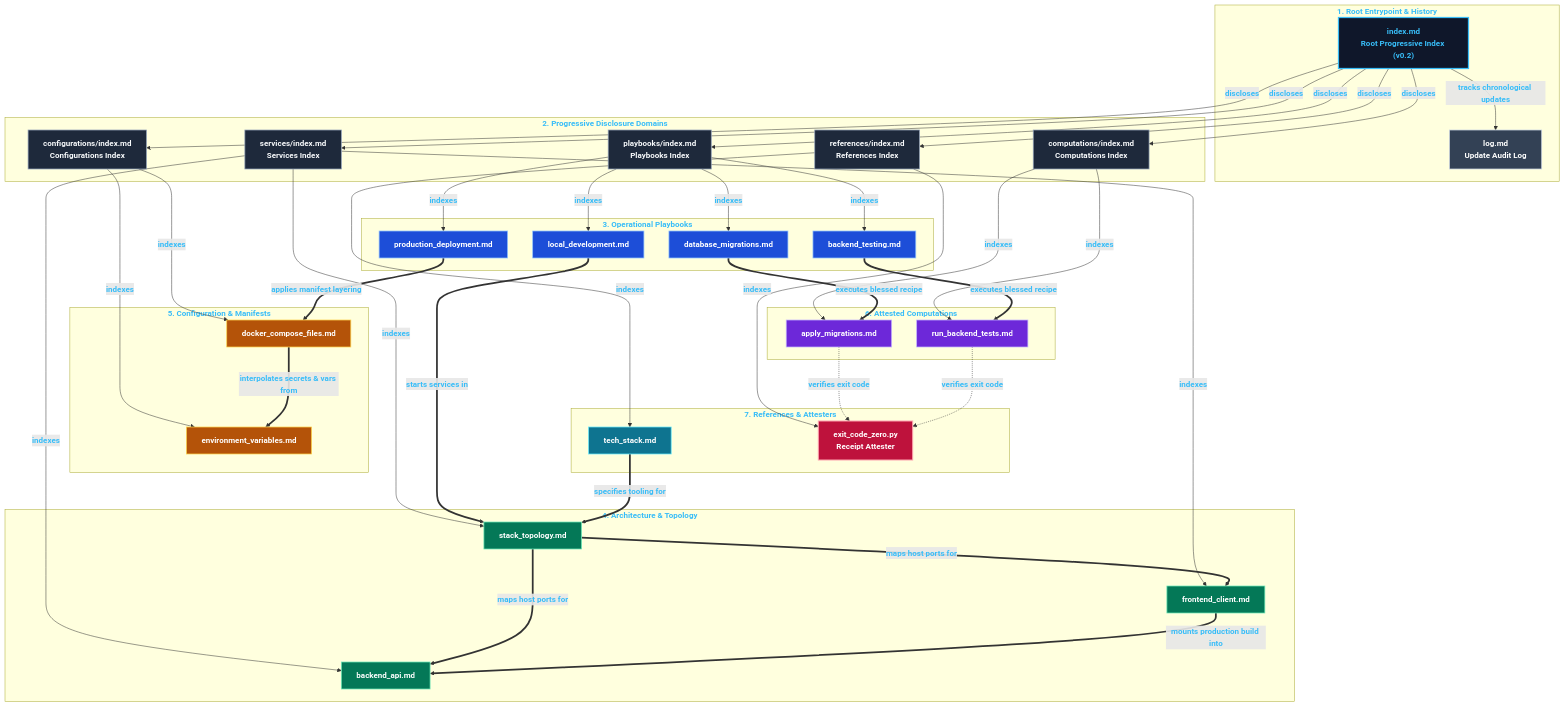
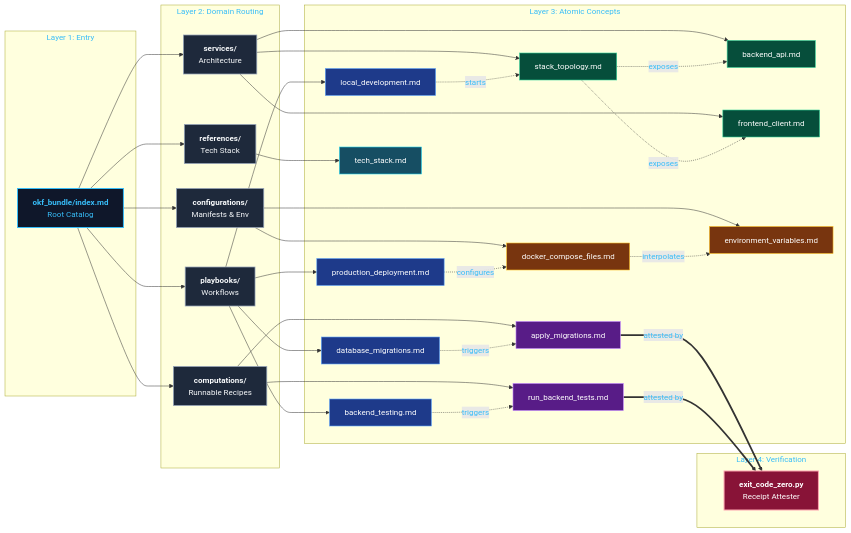
Before and after one commit to uhcel/okf-testing: the first of 3 diagrams in README.md, drawn with Mermaid. The commit also changed other lines of this file and 2 other files, not shown here.

Commit message:
docs: improve OKF relationship graph readability with clean 4-tier flowchart and crisp SVG diagram

````diff
--- a/README.md
+++ b/README.md
@@ -228,94 +234,67 @@
 ```mermaid
-graph TD
+flowchart LR
   %% Styles
-  classDef root fill:#0f172a,stroke:#38bdf8,stroke-width:2.5px,color:#38bdf8,font-weight:bold;
-  classDef index fill:#1e293b,stroke:#94a3b8,stroke-width:1.5px,color:#f8fafc;
-  classDef playbook fill:#1d4ed8,stroke:#93c5fd,stroke-width:1.5px,color:#fff;
-  classDef service fill:#047857,stroke:#6ee7b7,stroke-width:1.5px,color:#fff;
-  classDef config fill:#b45309,stroke:#fcd34d,stroke-width:1.5px,color:#fff;
-  classDef comp fill:#6d28d9,stroke:#c4b5fd,stroke-width:1.5px,color:#fff;
-  classDef ref fill:#0e7490,stroke:#67e8f9,stroke-width:1.5px,color:#fff;
-  classDef attester fill:#be123c,stroke:#fda4af,stroke-width:2px,color:#fff;
-  classDef log fill:#334155,stroke:#cbd5e1,stroke-width:1.5px,color:#fff;
+  classDef root fill:#0f172a,stroke:#38bdf8,stroke-width:2px,color:#38bdf8;
+  classDef domain fill:#1e293b,stroke:#94a3b8,stroke-width:1.5px,color:#f8fafc;
+  classDef playbook fill:#1e3a8a,stroke:#60a5fa,stroke-width:1.2px,color:#fff;
+  classDef service fill:#064e3b,stroke:#34d399,stroke-width:1.2px,color:#fff;
+  classDef config fill:#78350f,stroke:#fbbf24,stroke-width:1.2px,color:#fff;
+  classDef comp fill:#581c87,stroke:#c084fc,stroke-width:1.2px,color:#fff;
+  classDef ref fill:#164e63,stroke:#22d3ee,stroke-width:1.2px,color:#fff;
+  classDef attester fill:#881337,stroke:#fda4af,stroke-width:2px,color:#fff;
 
-  subgraph RootLayer ["1. Root Entrypoint & History"]
-    Root["index.md<br/><b>Root Progressive Index (v0.2)</b>"]:::root
-    Log["log.md<br/><b>Update Audit Log</b>"]:::log
-    Root -->|tracks chronological updates| Log
+  subgraph L1 ["Layer 1: Entry"]
+    Root["<b>okf_bundle/index.md</b><br/>Root Catalog"]:::root
   end
 
-  subgraph Domains ["2. Progressive Disclosure Domains"]
-    D_Play["playbooks/index.md<br/><b>Playbooks Index</b>"]:::index
-    D_Serv["services/index.md<br/><b>Services Index</b>"]:::index
-    D_Conf["configurations/index.md<br/><b>Configurations Index</b>"]:::index
-    D_Comp["computations/index.md<br/><b>Computations Index</b>"]:::index
-    D_Ref["references/index.md<br/><b>References Index</b>"]:::index
+  subgraph L2 ["Layer 2: Domain Routing"]
+    D_Play["<b>playbooks/</b><br/>Workflows"]:::domain
+    D_Serv["<b>services/</b><br/>Architecture"]:::domain
+    D_Conf["<b>configurations/</b><br/>Manifests & Env"]:::domain
+    D_Comp["<b>computations/</b><br/>Runnable Recipes"]:::domain
+    D_Ref["<b>references/</b><br/>Tech Stack"]:::domain
   end
 
-  Root -->|discloses| D_Play
-  Root -->|discloses| D_Serv
-  Root -->|discloses| D_Conf
-  Root -->|discloses| D_Comp
-  Root -->|discloses| D_Ref
-
-  subgraph PlaybooksGroup ["3. Operational Playbooks"]
+  subgraph L3 ["Layer 3: Atomic Concepts"]
     P_Mig["database_migrations.md"]:::playbook
     P_Dev["local_development.md"]:::playbook
     P_Test["backend_testing.md"]:::playbook
     P_Dep["production_deployment.md"]:::playbook
-  end
 
-  D_Play -->|indexes| P_Mig
-  D_Play -->|indexes| P_Dev
-  D_Play -->|indexes| P_Test
-  D_Play -->|indexes| P_Dep
-
-  subgraph ServicesGroup ["4. Architecture & Topology"]
     S_Top["stack_topology.md"]:::service
     S_Api["backend_api.md"]:::service
     S_Front["frontend_client.md"]:::service
+
+    C_Files["docker_compose_files.md"]:::config
+    C_Env["environment_variables.md"]:::config
+
+    K_Mig["apply_migrations.md"]:::comp
+    K_Test["run_backend_tests.md"]:::comp
+
+    R_Stack["tech_stack.md"]:::ref
   end
 
-  D_Serv -->|indexes| S_Top
-  D_Serv -->|indexes| S_Api
-  D_Serv -->|indexes| S_Front
-
-  subgraph ConfigGroup ["5. Configuration & Manifests"]
-    C_Env["environment_variables.md"]:::config
-    C_Files["docker_compose_files.md"]:::config
+  subgraph L4 ["Layer 4: Verification"]
+    Att["<b>exit_code_zero.py</b><br/>Receipt Attester"]:::attester
   end
 
-  D_Conf -->|indexes| C_Env
-  D_Conf -->|indexes| C_Files
+  %% Progressive Disclosure Routing (Hop 1 & Hop 2)
+  Root --> D_Play & D_Serv & D_Conf & D_Comp & D_Ref
 
-  subgraph ComputationsGroup ["6. Attested Computations"]
-    K_Mig["apply_migrations.md"]:::comp
-    K_Test["run_backend_tests.md"]:::comp
-  end
+  D_Play --> P_Mig & P_Dev & P_Test & P_Dep
+  D_Serv --> S_Top & S_Api & S_Front
+  D_Conf --> C_Files & C_Env
+  D_Comp --> K_Mig & K_Test
+  D_Ref --> R_Stack
 
-  D_Comp -->|indexes| K_Mig
-  D_Comp -->|indexes| K_Test
+  %% Concept Execution & Cross-Domain Links
+  P_Mig -.->|triggers| K_Mig
+  P_Test -.->|triggers| K_Test
+  K_Mig & K_Test ==>|attested by| Att
 
-  subgraph ReferencesGroup ["7. References & Attesters"]
-    R_Stack["tech_stack.md"]:::ref
-    Att["exit_code_zero.py<br/><b>Receipt Attester</b>"]:::attester
-  end
+  P_Dev -.->|starts| S_Top
+  S_Top -.->|exposes| S_Api & S_Front
 
-  D_Ref -->|indexes| R_Stack
-  D_Ref -->|indexes| Att
-
-  %% Functional & Semantic Relationships Between Concepts
-  P_Mig ==>|executes blessed recipe| K_Mig
-  P_Test ==>|executes blessed recipe| K_Test
-  K_Mig -.->|verifies exit code| Att
-  K_Test -.->|verifies exit code| Att
-
-  P_Dev ==>|starts services in| S_Top
-  S_Top ==>|maps host ports for| S_Api
-  S_Top ==>|maps host ports for| S_Front
-  S_Front ==>|mounts production build into| S_Api
-
-  P_Dep ==>|applies manifest layering| C_Files
-  C_Files ==>|interpolates secrets & vars from| C_Env
-  R_Stack ==>|specifies tooling for| S_Top
+  P_Dep -.->|configures| C_Files
+  C_Files -.->|interpolates| C_Env
 ```
````
